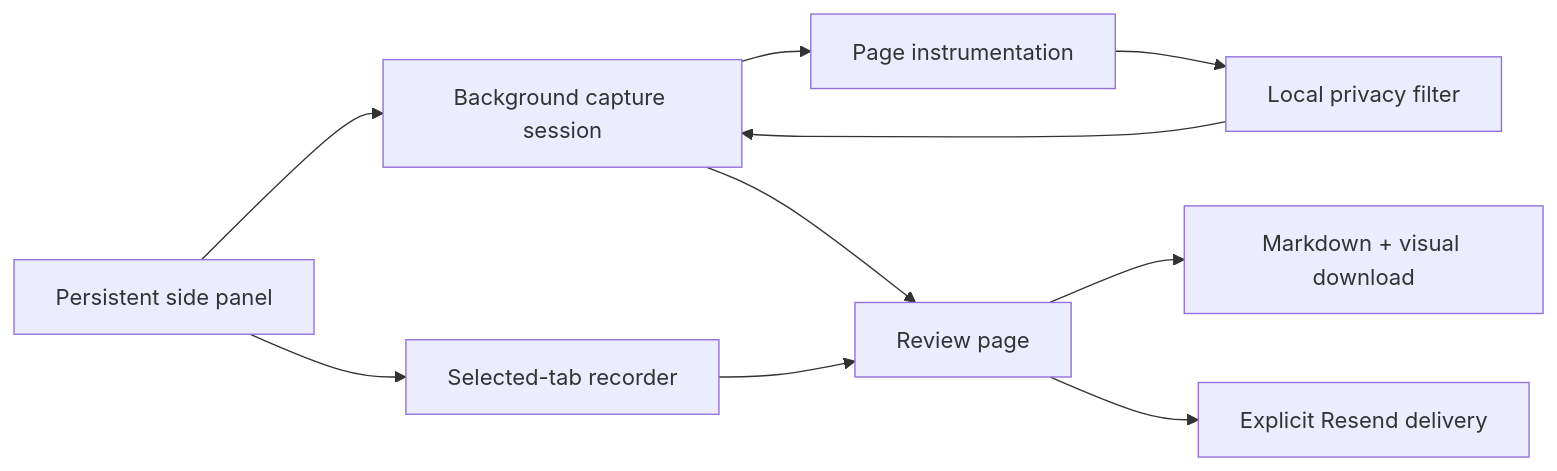
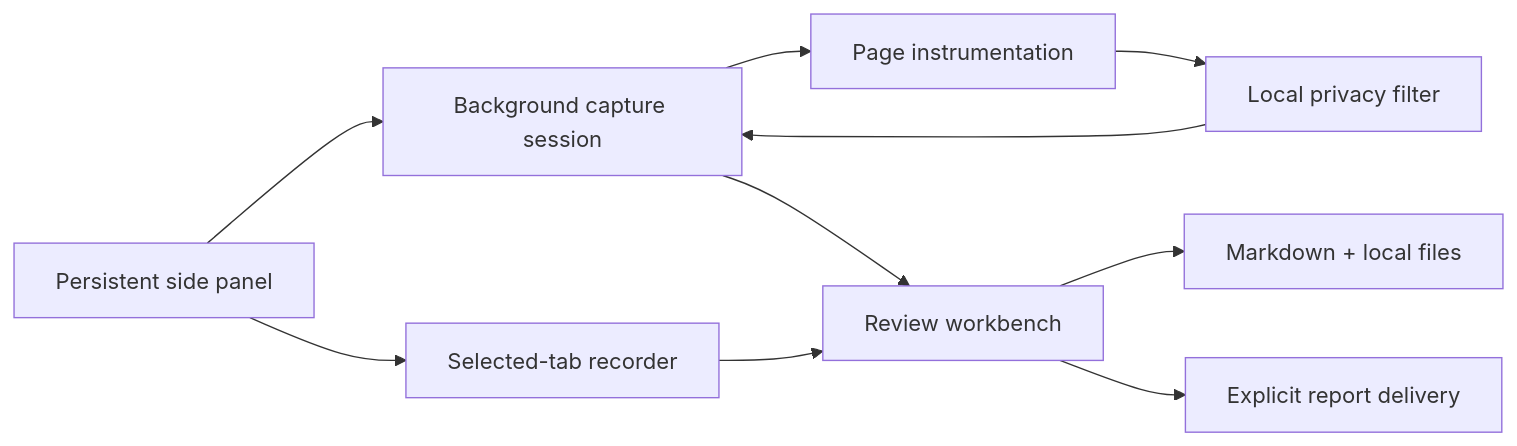
One commit to montasim/BugReceipt changed the diagram in README.md. Above: the diagram before and after it, drawn with Mermaid. The commit also changed other lines of this file and 14 other files, not shown here.

````diff
--- a/README.md
+++ b/README.md
@@ -139,12 +167,12 @@
 ```mermaid
 flowchart LR
     A[Persistent side panel] --> B[Background capture session]
     A --> C[Selected-tab recorder]
     B --> D[Page instrumentation]
     D --> E[Local privacy filter]
     E --> B
-    B --> F[Review page]
+    B --> F[Review workbench]
     C --> F
-    F --> G[Markdown + visual download]
-    F --> H[Explicit Resend delivery]
+    F --> G[Markdown + local files]
+    F --> H[Explicit report delivery]
 ```
````
